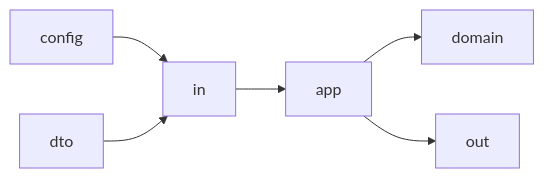
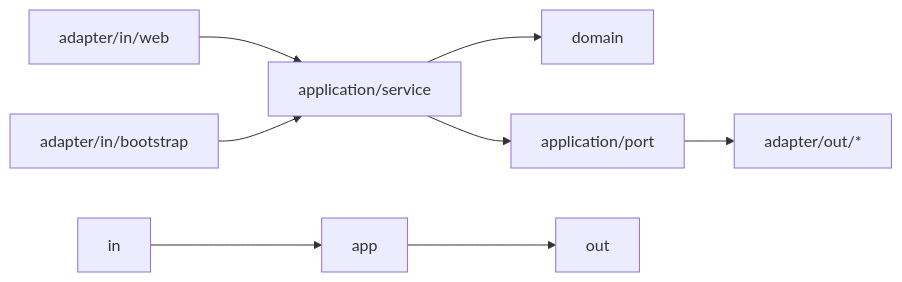
Before and after one commit to AquilaXk/aquila-blog: the diagram in docs/design/package-structure.md, drawn with Mermaid. The commit also changed other lines of this file and 6 other files, not shown here.

Commit message:
docs: refine architecture notes and header theme icon

````diff
--- a/docs/design/package-structure.md
+++ b/docs/design/package-structure.md
@@ -35,8 +77,10 @@
 ```mermaid
 flowchart LR
-    Controller["in"] --> App["app"]
-    App --> Domain["domain"]
-    App --> Out["out"]
-    Config["config"] --> Controller
-    DTO["dto"] --> Controller
+    Web["adapter/in/web"] --> Application["application/service"]
+    Bootstrap["adapter/in/bootstrap"] --> Application
+    Application --> Domain["domain"]
+    Application --> Port["application/port"]
+    Port --> AdapterOut["adapter/out/*"]
+    LegacyIn["in"] --> LegacyApp["app"]
+    LegacyApp --> LegacyOut["out"]
 ```
````
